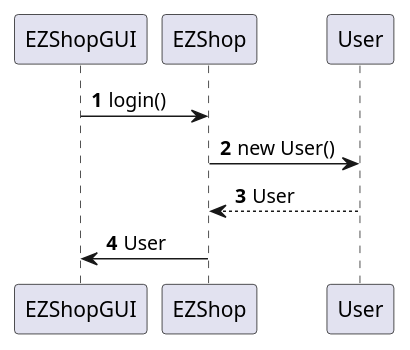
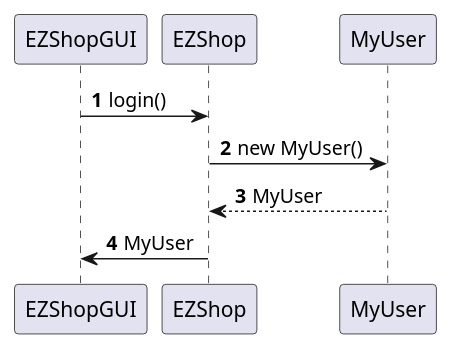
Before and after one commit to mkexc/ezshop: diagram 13 of 22 in Deliverables/DesignDocument.md, drawn with PlantUML. The commit also changed other lines of this file and 160 other files, not shown here.

````diff
--- a/Deliverables/DesignDocument.md
+++ b/Deliverables/DesignDocument.md
@@ -367,9 +359,9 @@
 ```plantuml
 @startuml
 autonumber
 EZShopGUI -> EZShop : login()
-EZShop -> User : new User()
-EZShop <-- User : User
-EZShop -> EZShopGUI : User
+EZShop -> MyUser : new MyUser()
+EZShop <-- MyUser : MyUser
+EZShop -> EZShopGUI : MyUser
 @enduml
 ```
````
